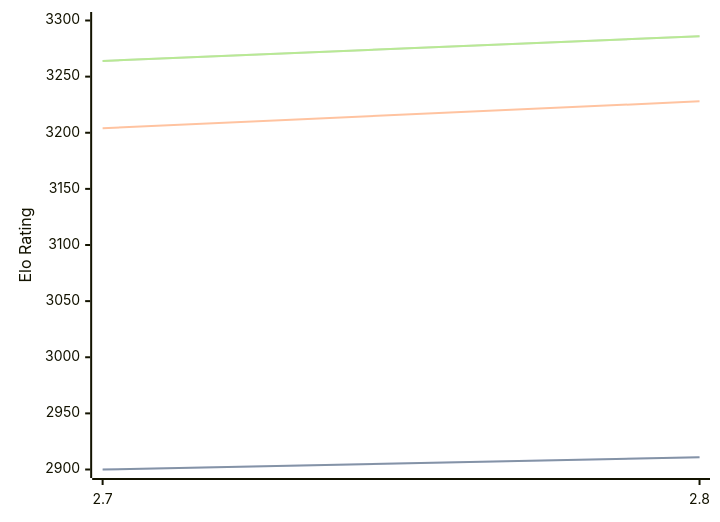
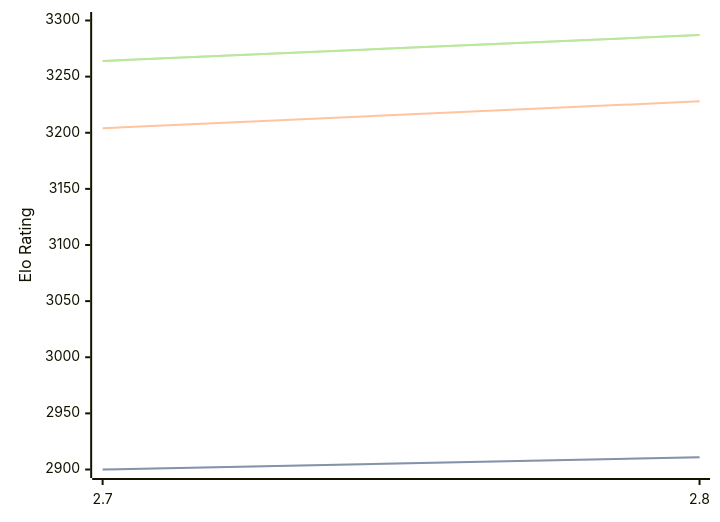
One commit to computer-chess-index/cci changed the diagram in engines/Arcanum.md. Above: the diagram before and after it, drawn with Mermaid. The commit also changed other lines of this file, not shown here.

Commit message:
Update CCI Ratings (ELO VLTC) - 2026-09-09

````diff
--- a/engines/Arcanum.md
+++ b/engines/Arcanum.md
@@ -32,11 +32,11 @@
 ```mermaid
 %%{init: {"theme":"base","themeVariables":{"seriesColors:['#a3a3a3','#222221','#faa371']}}}%%
 xychart-beta
   x-axis ["2.7", "2.8"]
   y-axis "Elo Rating" 2900 --> 3300
   line "" [2900, 2911]
   line "STC (8.0+0.08s)" [2900, 2911]
   line "LTC (60.0+0.60s)" [3204, 3228]
-  line "" [3264, 3286]
-  line "VLTC (2m24s+1.12s)" [3264, 3286]
+  line "" [3264, 3287]
+  line "VLTC (2m24s+1.12s)" [3264, 3287]
 ```
````
